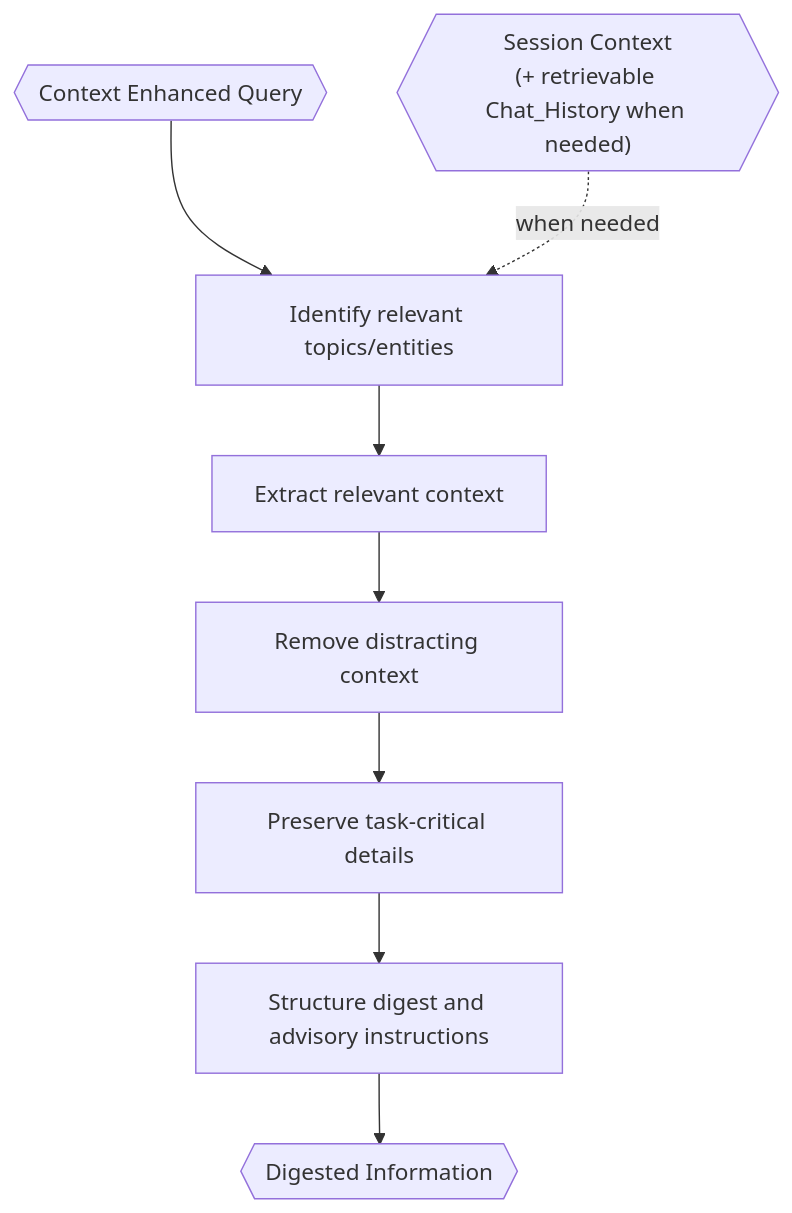
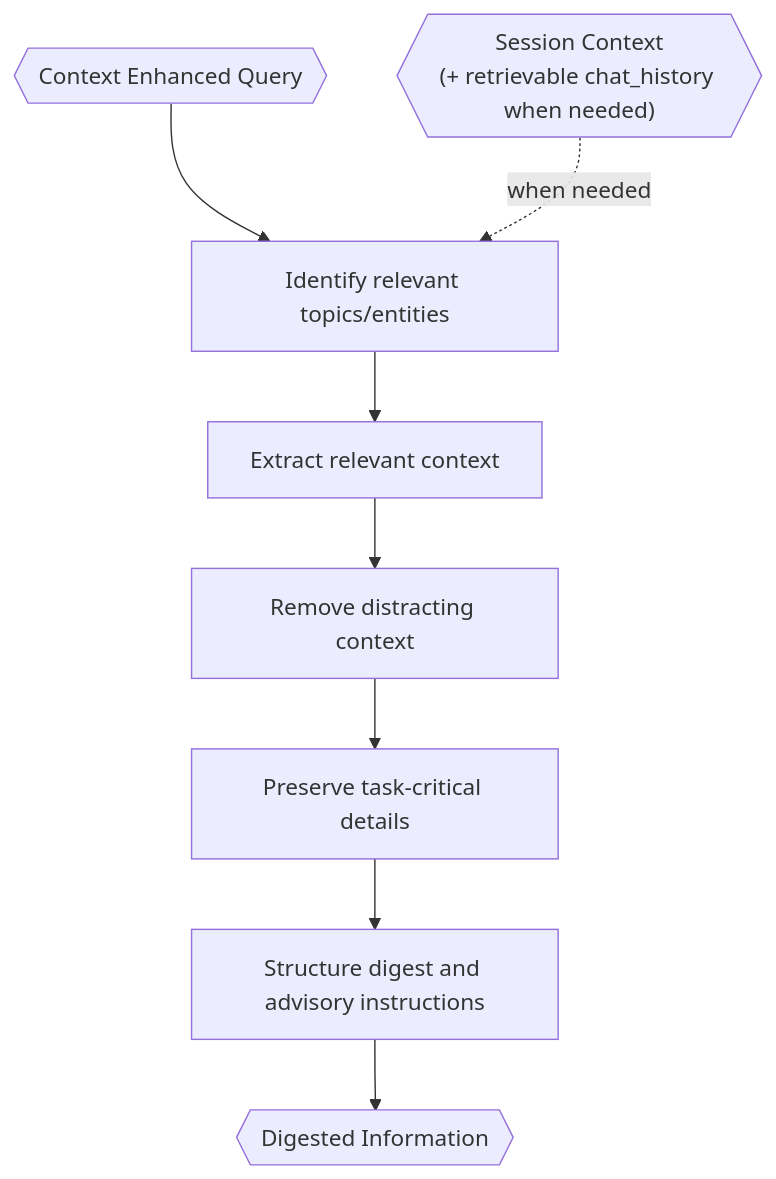
The diagram in src/tinycua/docs/architecture/information-digestion.md (VJyzCELERY/TINYCUA), drawn with Mermaid before and after one commit. The commit also changed other lines of this file and 10 other files, not shown here.

First line of the commit message:
docs(architecture): fix review findings - cross-references, heading consistency, process spec structure

````diff
--- a/src/tinycua/docs/architecture/information-digestion.md
+++ b/src/tinycua/docs/architecture/information-digestion.md
@@ -39,19 +37,19 @@
 ```mermaid
 flowchart TD
     CEQ{{"Context Enhanced Query"}}
-    FSC{{"Session Context\n(+ retrievable Chat_History when needed)"}}
+    FSC{{"Session Context\n(+ retrievable chat_history when needed)"}}
     FOCUS["Identify relevant topics/entities"]
     EXTRACT["Extract relevant context"]
     FILTER["Remove distracting context"]
     PRESERVE["Preserve task-critical details"]
     STRUCTURE["Structure digest and advisory instructions"]
     DI{{"Digested Information"}}
 
     CEQ --> FOCUS
     FSC -. "when needed" .-> FOCUS
     FOCUS --> EXTRACT
     EXTRACT --> FILTER
     FILTER --> PRESERVE
     PRESERVE --> STRUCTURE
     STRUCTURE --> DI
 ```
````
